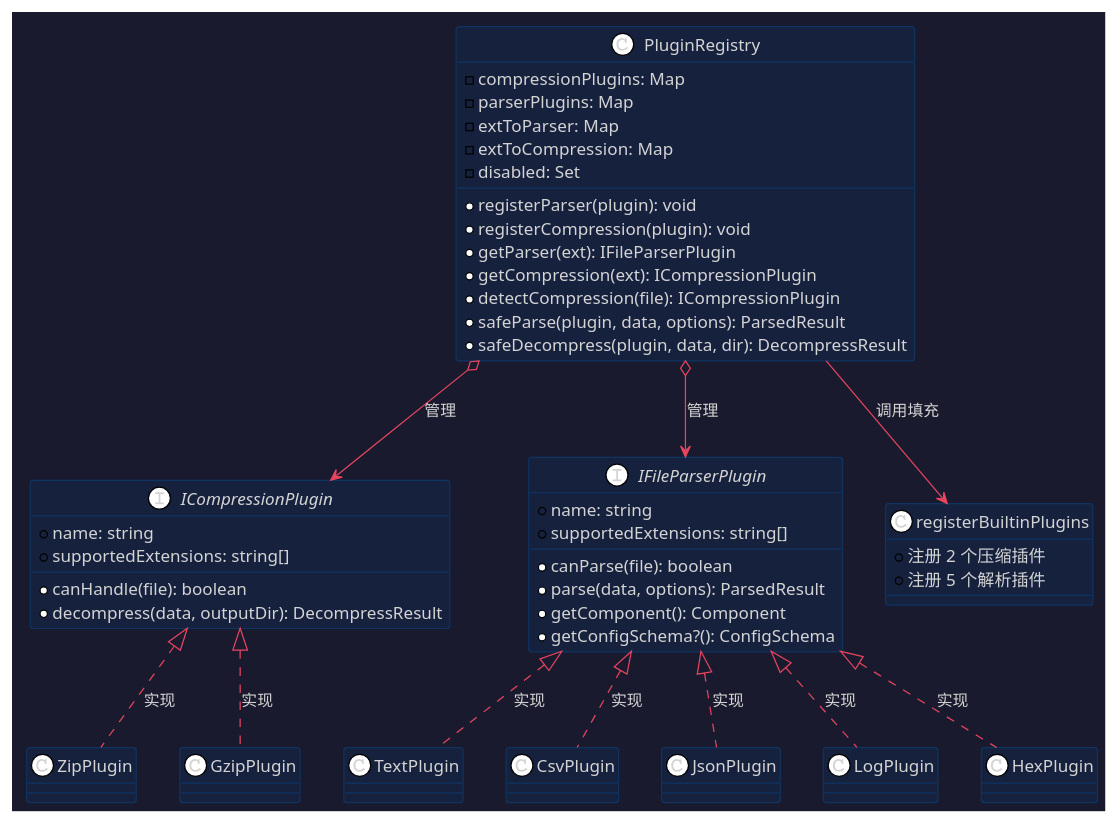
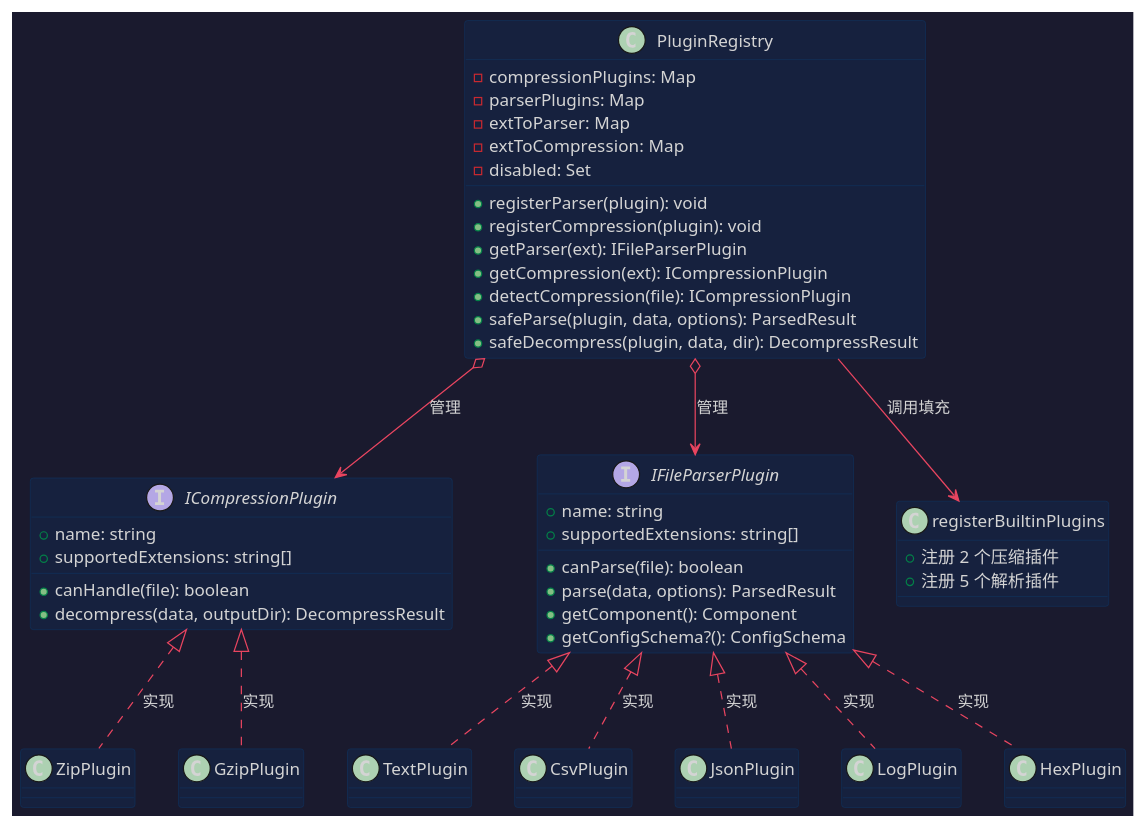
One commit to taoweidong/Hello-Tauri changed the sixth of 12 diagrams in docs/decompress-preview-flow.md. Above: the diagram before and after it, drawn with PlantUML. The commit also changed other lines of this file and 11 other files, not shown here.

````diff
--- a/docs/decompress-preview-flow.md
+++ b/docs/decompress-preview-flow.md
@@ -532,65 +530,64 @@
 ```plantuml
 @startuml 插件系统架构
-!theme plain
 skinparam backgroundColor #1a1a2e
 skinparam defaultFontName Microsoft YaHei
 skinparam defaultFontColor #d4d4d4
 skinparam packageBackgroundColor #16213e
 skinparam packageBorderColor #0f3460
 skinparam interfaceBackgroundColor #0f3460
 skinparam interfaceBorderColor #e94560
 skinparam classBackgroundColor #16213e
 skinparam classBorderColor #0f3460
 skinparam arrowColor #e94560
 
 interface "ICompressionPlugin" as ICP {
   +name: string
   +supportedExtensions: string[]
   +canHandle(file): boolean
   +decompress(data, outputDir): DecompressResult
 }
 
 interface "IFileParserPlugin" as IFP {
   +name: string
   +supportedExtensions: string[]
   +canParse(file): boolean
   +parse(data, options): ParsedResult
   +getComponent(): Component
   +getConfigSchema?(): ConfigSchema
 }
 
 class PluginRegistry {
   -compressionPlugins: Map
   -parserPlugins: Map
   -extToParser: Map
   -extToCompression: Map
   -disabled: Set
   +registerParser(plugin): void
   +registerCompression(plugin): void
   +getParser(ext): IFileParserPlugin
   +getCompression(ext): ICompressionPlugin
   +detectCompression(file): ICompressionPlugin
   +safeParse(plugin, data, options): ParsedResult
   +safeDecompress(plugin, data, dir): DecompressResult
 }
 
 class registerBuiltinPlugins {
   +注册 2 个压缩插件
   +注册 5 个解析插件
 }
 
 ICP <|.. ZipPlugin : 实现
 ICP <|.. GzipPlugin : 实现
 
 IFP <|.. TextPlugin : 实现
 IFP <|.. CsvPlugin : 实现
 IFP <|.. JsonPlugin : 实现
 IFP <|.. LogPlugin : 实现
 IFP <|.. HexPlugin : 实现
 
 PluginRegistry --> registerBuiltinPlugins : 调用填充
 PluginRegistry o--> ICP : 管理
 PluginRegistry o--> IFP : 管理
 
 @enduml
 ```
````
